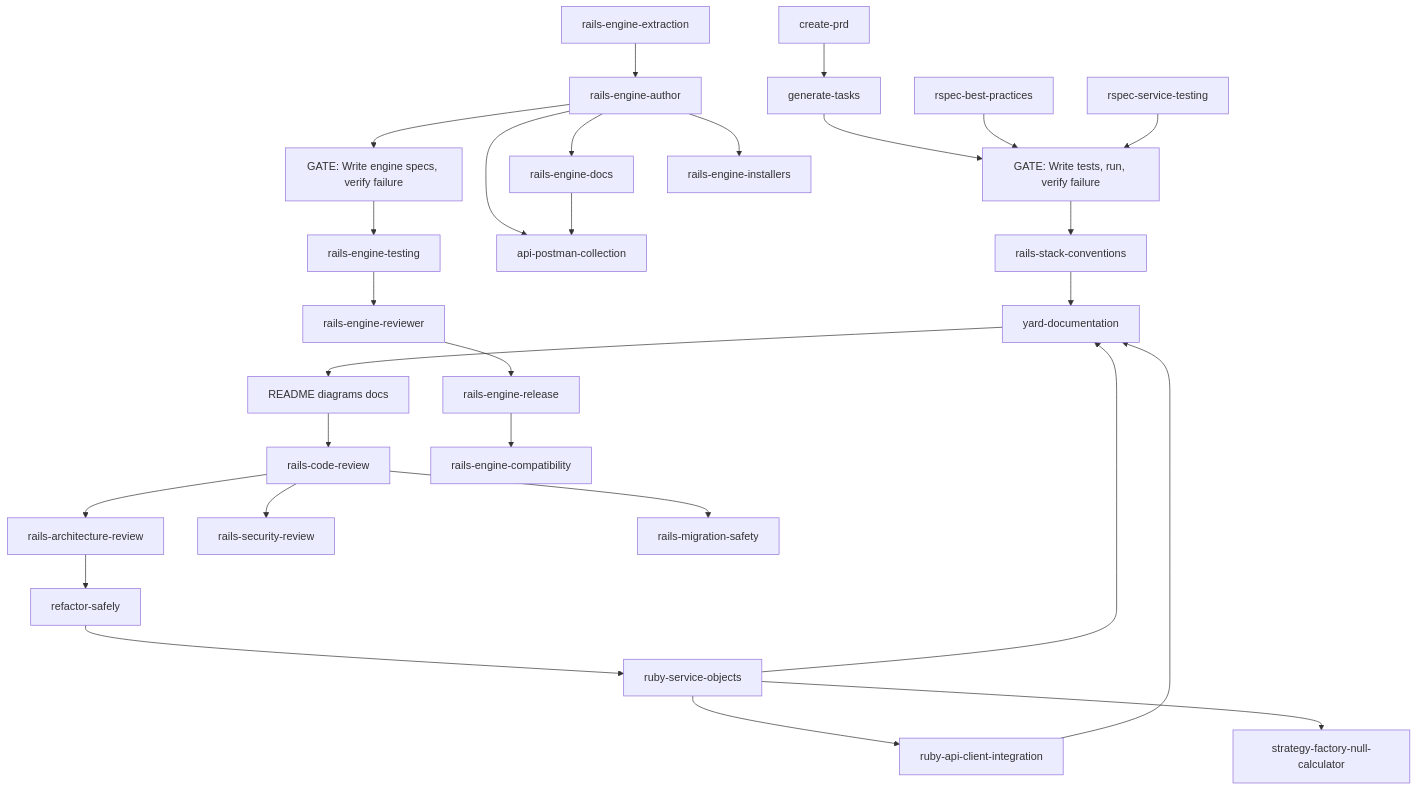
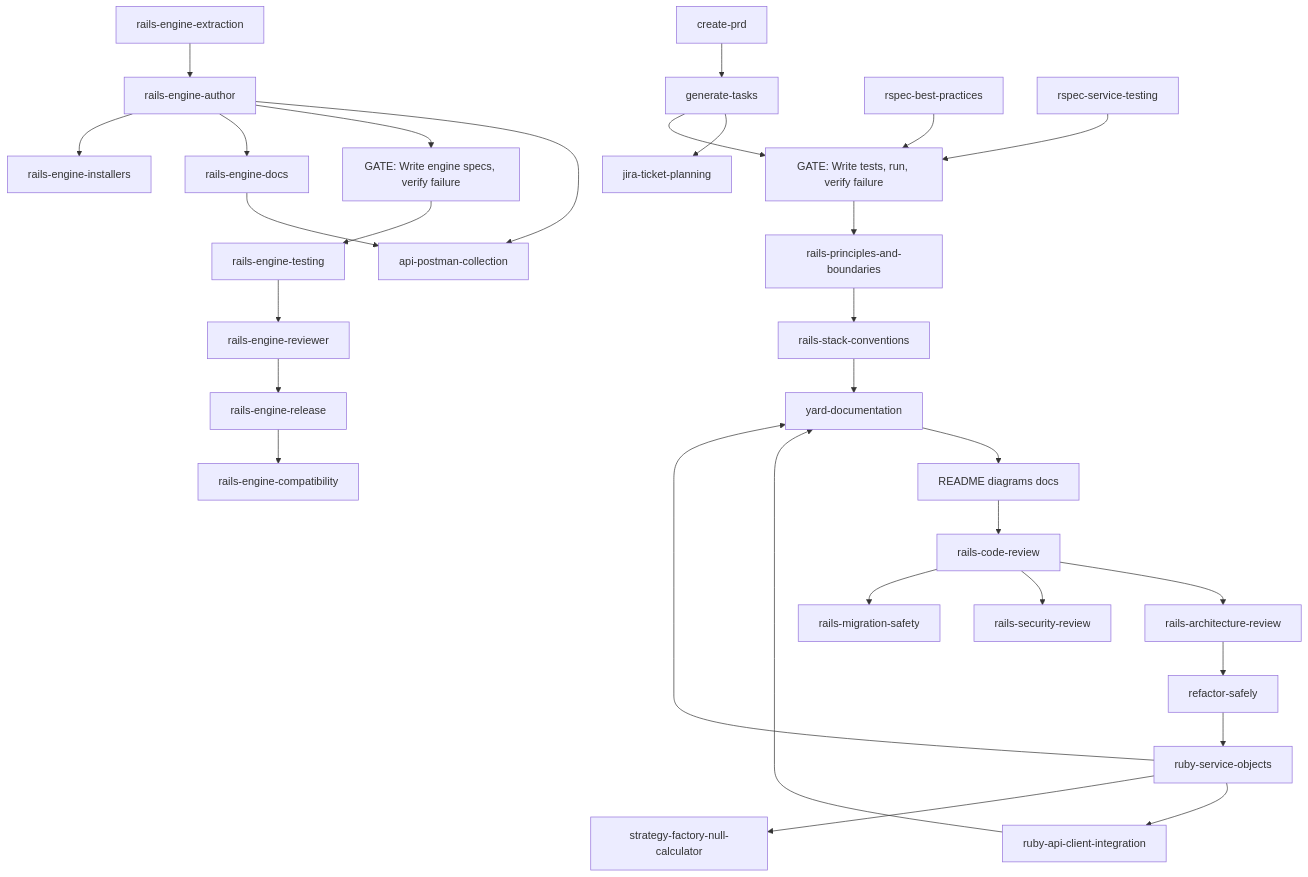
Before and after one commit to igmarin/my-RoR-personal-skills: the diagram in README.md, drawn with Mermaid. The commit also changed other lines of this file and 8 other files, not shown here.

````diff
--- a/README.md
+++ b/README.md
@@ -180,35 +185,37 @@
 ```mermaid
 flowchart TD
     createPRD[create-prd] --> generateTasks[generate-tasks]
+    generateTasks --> jiraPlanning[jira-ticket-planning]
     generateTasks --> testGate["GATE: Write tests, run, verify failure"]
-    testGate --> stackConventions[rails-stack-conventions]
+    testGate --> railsPrinciples[rails-principles-and-boundaries]
+    railsPrinciples --> stackConventions[rails-stack-conventions]
     stackConventions --> yardDoc[yard-documentation]
     yardDoc --> docUpdates[README diagrams docs]
     docUpdates --> codeReview[rails-code-review]
 
     codeReview --> archReview[rails-architecture-review]
     codeReview --> secReview[rails-security-review]
     codeReview --> migrationSafety[rails-migration-safety]
 
     archReview --> refactorSafely[refactor-safely]
     refactorSafely --> serviceObjects[ruby-service-objects]
 
     serviceObjects --> apiClient[ruby-api-client-integration]
     serviceObjects --> strategyFactory[strategy-factory-null-calculator]
     serviceObjects --> yardDoc
     apiClient --> yardDoc
     engineAuthor --> postman[api-postman-collection]
     engineDocs[rails-engine-docs] --> postman
 
     rspecBest[rspec-best-practices] --> testGate
     rspecService[rspec-service-testing] --> testGate
 
     engineAuthor[rails-engine-author] --> engineTestGate["GATE: Write engine specs, verify failure"]
     engineTestGate --> engineTesting[rails-engine-testing]
     engineAuthor --> engineDocs[rails-engine-docs]
     engineAuthor --> engineInstallers[rails-engine-installers]
     engineTesting --> engineReviewer[rails-engine-reviewer]
     engineReviewer --> engineRelease[rails-engine-release]
     engineRelease --> engineCompat[rails-engine-compatibility]
     engineExtraction[rails-engine-extraction] --> engineAuthor
 ```
````
